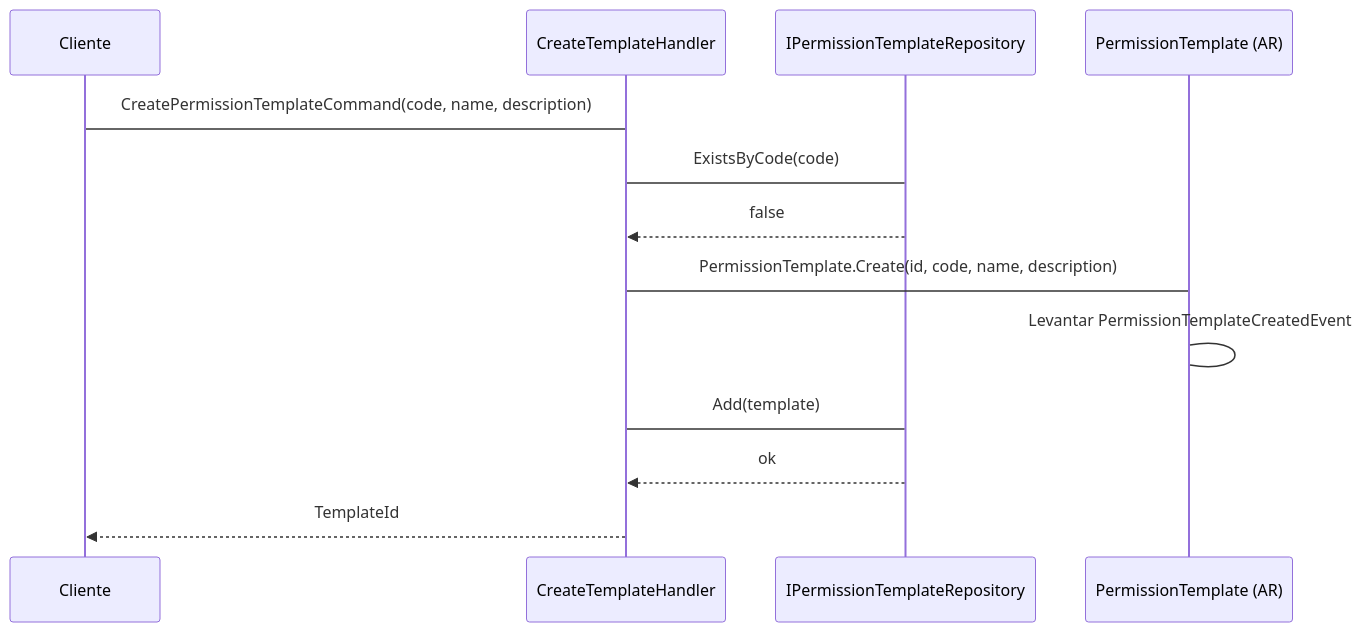
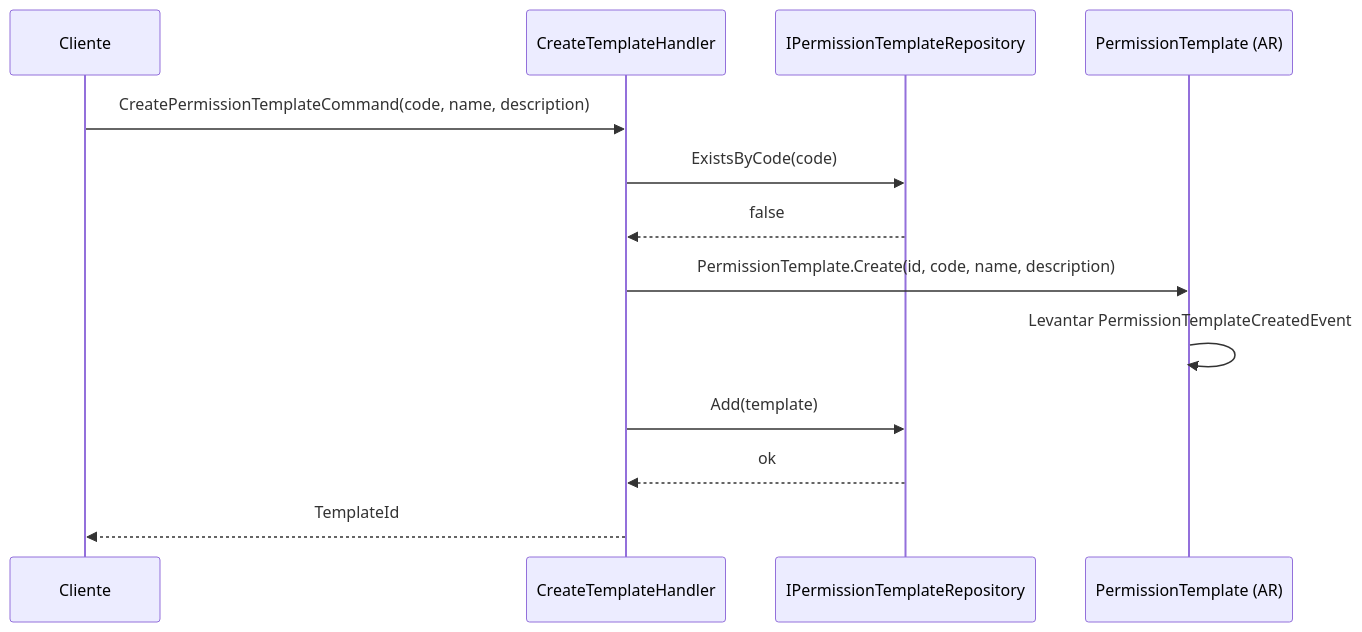
Before and after one commit to beyondnetcode/ums: the second of 3 diagrams in docs/domain-es/authorization/permission-template.md, drawn with Mermaid. The commit also changed other lines of this file and 19 other files, not shown here.

````diff
--- a/docs/domain-es/authorization/permission-template.md
+++ b/docs/domain-es/authorization/permission-template.md
@@ -88,16 +118,16 @@
 ```mermaid
 sequenceDiagram
     participant C as Cliente
     participant H as CreateTemplateHandler
     participant R as IPermissionTemplateRepository
     participant T as PermissionTemplate (AR)
 
-    C->H: CreatePermissionTemplateCommand(code, name, description)
-    H->R: ExistsByCode(code)
+    C->>H: CreatePermissionTemplateCommand(code, name, description)
+    H->>R: ExistsByCode(code)
     R-->>H: false
-    H->T: PermissionTemplate.Create(id, code, name, description)
-    T->T: Levantar PermissionTemplateCreatedEvent
-    H->R: Add(template)
+    H->>T: PermissionTemplate.Create(id, code, name, description)
+    T->>T: Levantar PermissionTemplateCreatedEvent
+    H->>R: Add(template)
     R-->>H: ok
     H-->>C: TemplateId
 ```
````
